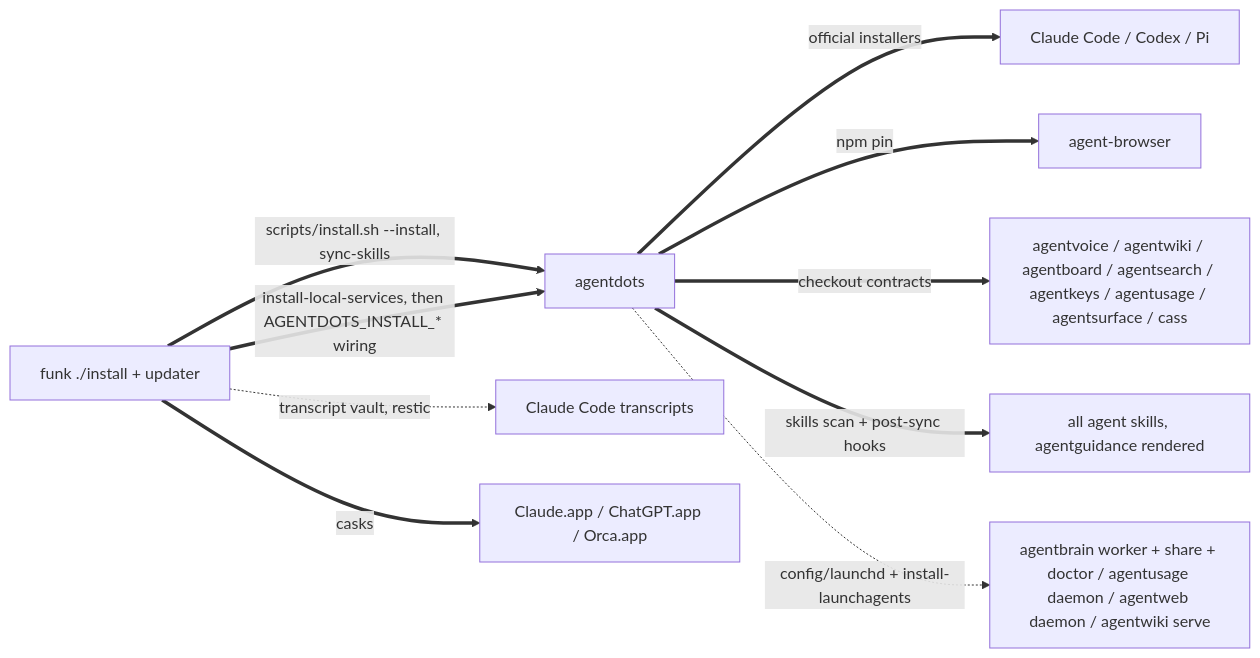
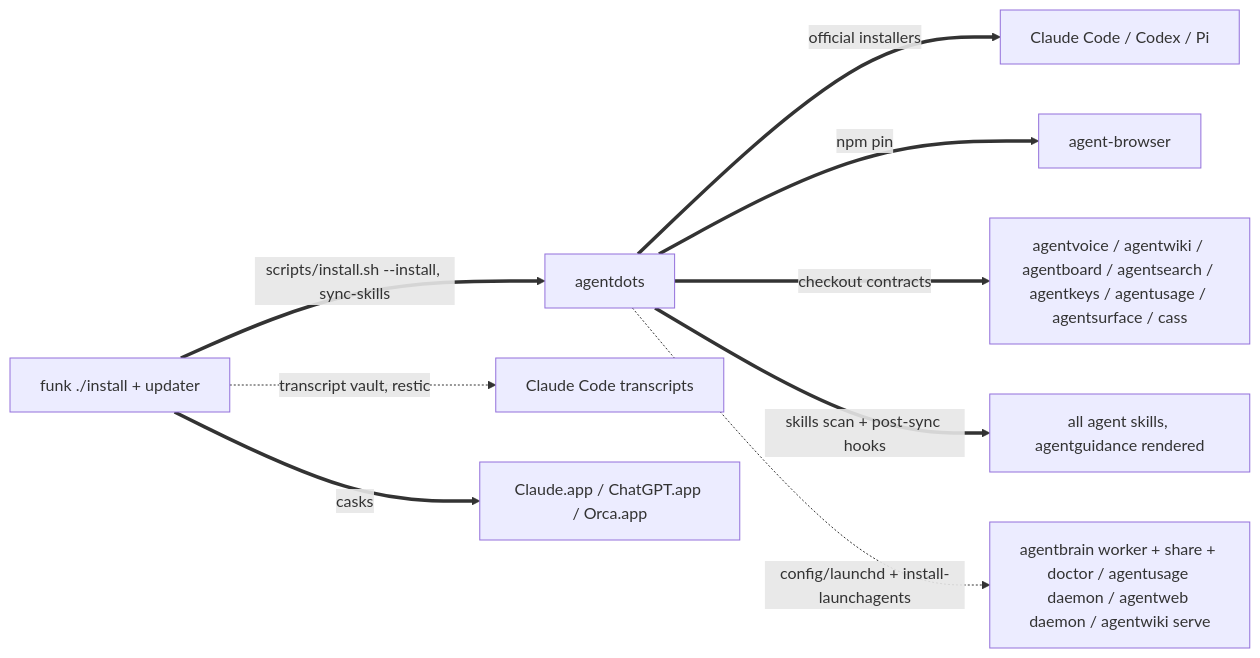
Before and after one commit to possibilities/agentdots: the second of 3 diagrams in skills/fleet/MAP.md, drawn with Mermaid. The commit also changed other lines of this file and 5 other files, not shown here.

````diff
--- a/skills/fleet/MAP.md
+++ b/skills/fleet/MAP.md
@@ -68,15 +68,14 @@
 ```mermaid
 flowchart LR
     funk[funk ./install + updater]
     dots[agentdots]
 
     funk ==>|scripts/install.sh --install, sync-skills| dots
     dots ==>|official installers| harnesses[Claude Code / Codex / Pi]
     dots ==>|npm pin| browser[agent-browser]
     dots ==>|checkout contracts| fleet[agentvoice / agentwiki / agentboard / agentsearch / agentkeys / agentusage / agentsurface / cass]
     dots ==>|skills scan + post-sync hooks| skills[all agent skills, agentguidance rendered]
-    funk ==>|install-local-services, then AGENTDOTS_INSTALL_* wiring| dots
     dots -.->|config/launchd + install-launchagents| services[agentbrain worker + share + doctor / agentusage daemon / agentweb daemon / agentwiki serve]
     funk -.->|transcript vault, restic| claudeData[Claude Code transcripts]
     funk ==>|casks| apps[Claude.app / ChatGPT.app / Orca.app]
 ```
````
